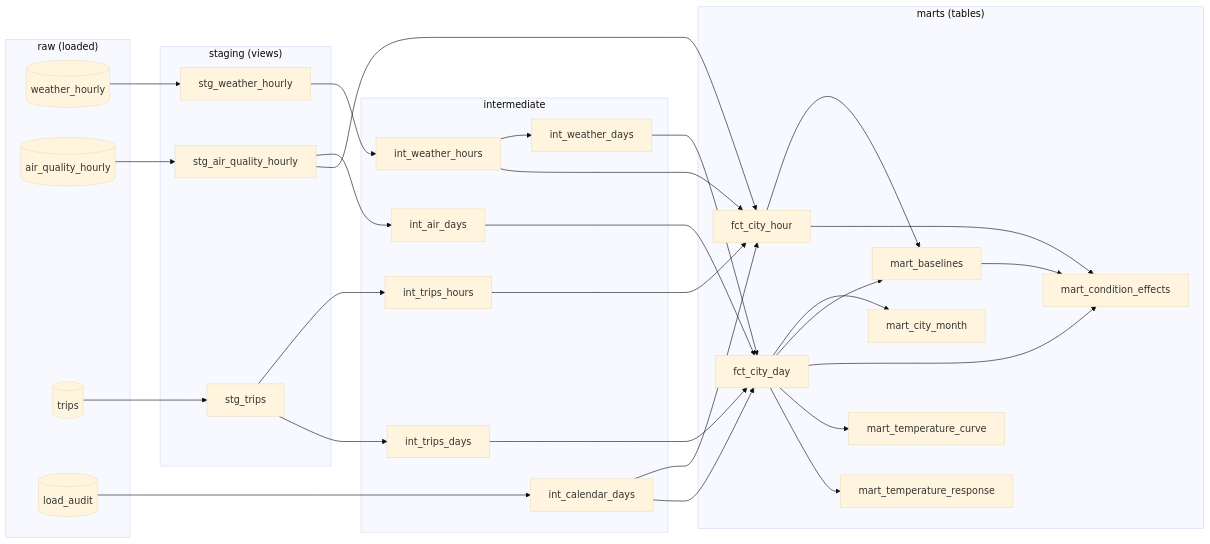
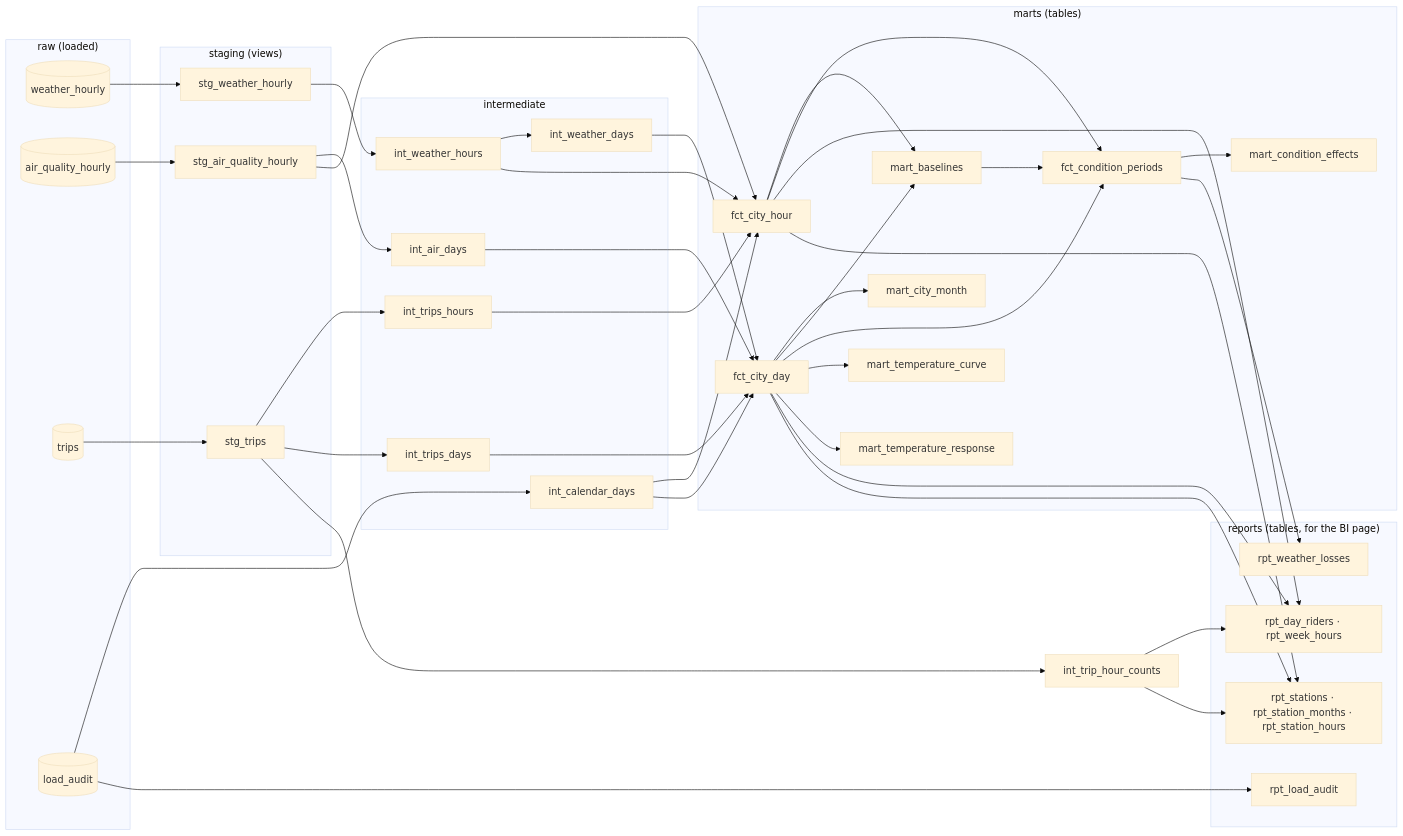
One commit to TomasRipsky/CityPulse_Analytics changed the second of 3 diagrams in docs/guide.md. Above: the diagram before and after it, drawn with Mermaid (base theme). The commit also changed other lines of this file and 22 other files, not shown here.

````diff
--- a/docs/guide.md
+++ b/docs/guide.md
@@ -540,41 +540,52 @@
 ```mermaid
 flowchart LR
   subgraph raw["raw (loaded)"]
     w[(weather_hourly)]
     a[(air_quality_hourly)]
     t[(trips)]
     la[(load_audit)]
   end
   subgraph stg["staging (views)"]
     sw[stg_weather_hourly]
     sa[stg_air_quality_hourly]
     st[stg_trips]
   end
   subgraph int["intermediate"]
     iwh[int_weather_hours]
     iwd[int_weather_days]
     iad[int_air_days]
     ith[int_trips_hours]
     itd[int_trips_days]
     cal[int_calendar_days]
   end
   subgraph marts["marts (tables)"]
     fh[fct_city_hour]
     fd[fct_city_day]
     m[mart_city_month]
     base[mart_baselines]
+    cp[fct_condition_periods]
     ce[mart_condition_effects]
     tc[mart_temperature_curve]
     tr[mart_temperature_response]
   end
   w --> sw --> iwh --> iwd
   a --> sa --> iad
   t --> st --> ith & itd
   la --> cal
   iwh & ith & cal & sa --> fh
   cal & iwd & iad & itd --> fd
   fd --> m
-  fh & fd --> base --> ce
-  fh & fd --> ce
+  fh & fd --> base --> cp --> ce
+  fh & fd --> cp
   fd --> tc & tr
+  subgraph rpt["reports (tables, for the BI page)"]
+    r1[rpt_day_riders · rpt_week_hours]
+    r2[rpt_stations · rpt_station_months · rpt_station_hours]
+    r3[rpt_weather_losses]
+    r4[rpt_load_audit]
+  end
+  st --> ihc[int_trip_hour_counts] --> r1 & r2
+  fd & fh --> r1 & r2
+  cp --> r3
+  la --> r4
 ```
````
